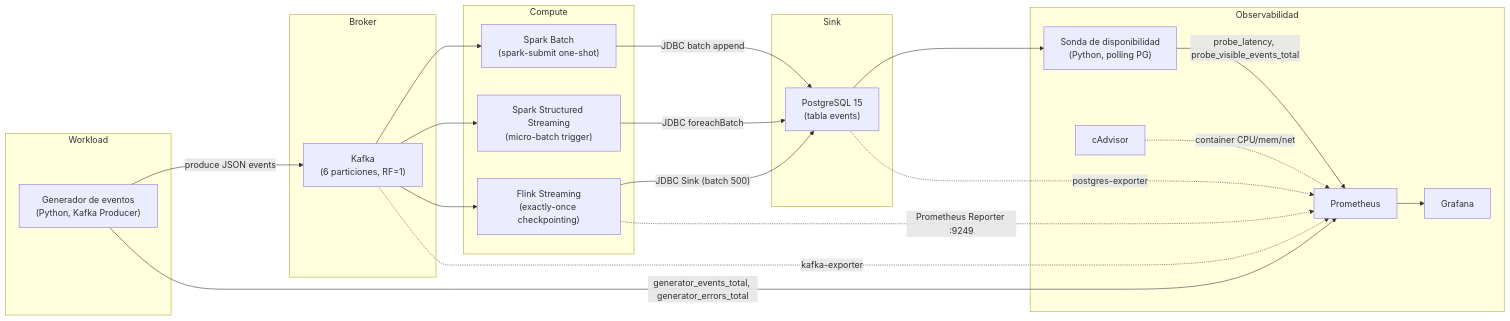
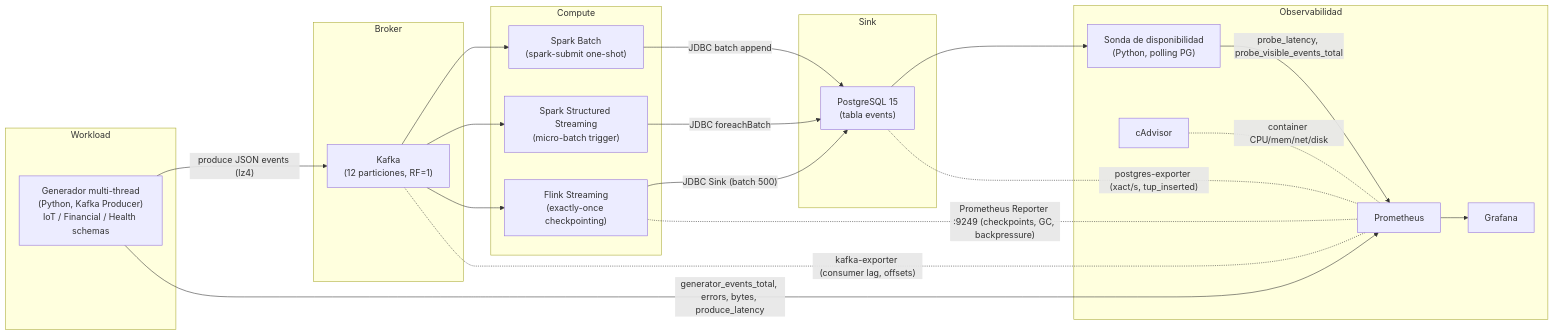
The first of 4 diagrams in docs/architecture.md (JohanCifuentes03/data-ingestion-strategies), drawn with Mermaid before and after one commit. The commit also changed other lines of this file and 25 other files, not shown here.

````diff
--- a/docs/architecture.md
+++ b/docs/architecture.md
@@ -22,45 +22,45 @@
 ```mermaid
 flowchart LR
     subgraph Workload
-        GEN["Generador de eventos<br/>(Python, Kafka Producer)"]
+        GEN["Generador multi-thread<br/>(Python, Kafka Producer)<br/>IoT / Financial / Health schemas"]
     end
 
     subgraph Broker
-        K["Kafka<br/>(6 particiones, RF=1)"]
+        K["Kafka<br/>(12 particiones, RF=1)"]
     end
 
     subgraph Compute
         SB["Spark Batch<br/>(spark-submit one-shot)"]
         SM["Spark Structured Streaming<br/>(micro-batch trigger)"]
         FL["Flink Streaming<br/>(exactly-once checkpointing)"]
     end
 
     subgraph Sink
         PG["PostgreSQL 15<br/>(tabla events)"]
     end
 
     subgraph Observabilidad
         PROBE["Sonda de disponibilidad<br/>(Python, polling PG)"]
         PROM["Prometheus"]
         GRAF["Grafana"]
         CAD["cAdvisor"]
     end
 
-    GEN -->|"produce JSON events"| K
+    GEN -->|"produce JSON events (lz4)"| K
     K --> SB
     K --> SM
     K --> FL
 
     SB -->|"JDBC batch append"| PG
     SM -->|"JDBC foreachBatch"| PG
     FL -->|"JDBC Sink (batch 500)"| PG
 
     PG --> PROBE
     PROBE -->|"probe_latency, probe_visible_events_total"| PROM
-    GEN -->|"generator_events_total, generator_errors_total"| PROM
-    K -.->|"kafka-exporter"| PROM
-    PG -.->|"postgres-exporter"| PROM
-    FL -.->|"Prometheus Reporter :9249"| PROM
-    CAD -.->|"container CPU/mem/net"| PROM
+    GEN -->|"generator_events_total, errors, bytes, produce_latency"| PROM
+    K -.-|"kafka-exporter (consumer lag, offsets)"| PROM
+    PG -.-|"postgres-exporter (xact/s, tup_inserted)"| PROM
+    FL -.-|"Prometheus Reporter :9249 (checkpoints, GC, backpressure)"| PROM
+    CAD -.-|"container CPU/mem/net/disk"| PROM
     PROM --> GRAF
 ```
````
